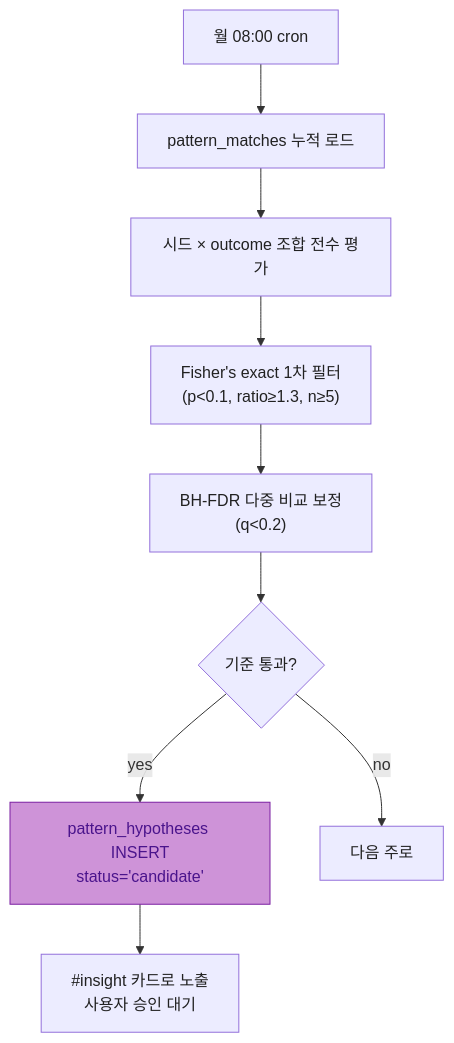
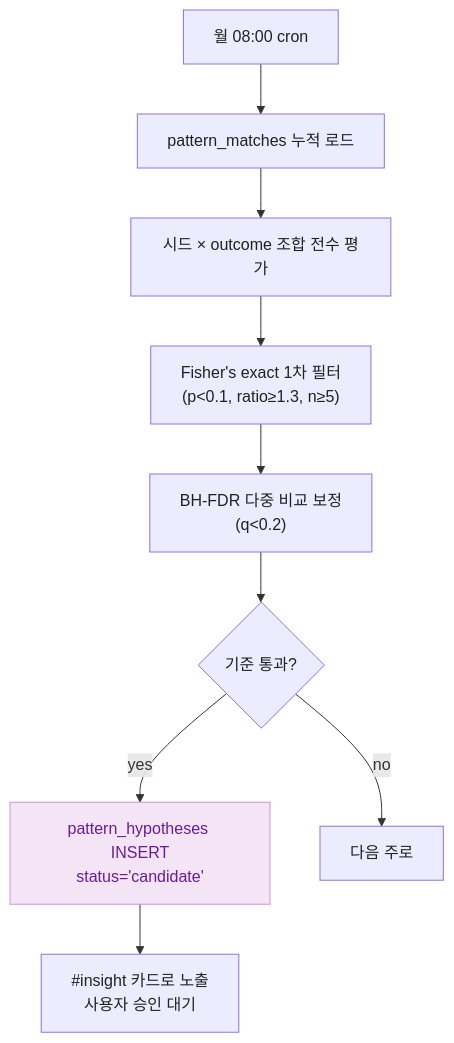
The sixth of 9 diagrams in docs/explainers/insight-v2.md (hyewon3938/slack-ai-agents), drawn with Mermaid before and after one commit. The commit also changed other lines of this file, not shown here.

````diff
--- a/docs/explainers/insight-v2.md
+++ b/docs/explainers/insight-v2.md
@@ -296,16 +296,16 @@
 ```mermaid
 flowchart TD
   A["월 08:00 cron"] --> B["pattern_matches 누적 로드"]
   B --> C["시드 × outcome 조합 전수 평가"]
   C --> D["Fisher's exact 1차 필터<br/>(p<0.1, ratio≥1.3, n≥5)"]
   D --> E["BH-FDR 다중 비교 보정<br/>(q<0.2)"]
   E --> F{"기준 통과?"}
   F -->|yes| G["pattern_hypotheses INSERT<br/>status='candidate'"]
   F -->|no| H["다음 주로"]
   G --> I["#insight 카드로 노출<br/>사용자 승인 대기"]
 
   classDef flowBox fill:#ECECFF,stroke:#9370DB,color:#212121
-  classDef hypothesisNode fill:#CE93D8,stroke:#7b1fa2,color:#4a148c
+  classDef hypothesisNode fill:#F3E5F5,stroke:#CE93D8,color:#6A1B9A
   class A,B,C,D,E,F,H,I flowBox
   class G hypothesisNode
 ```
````
